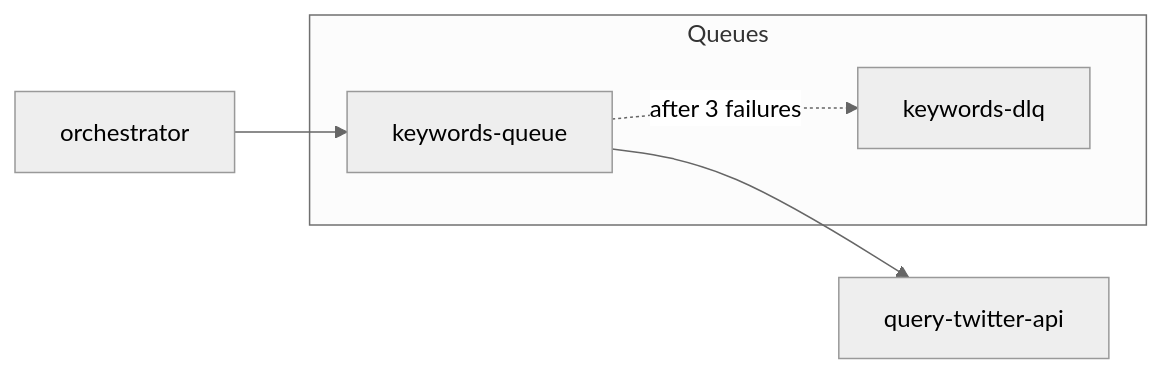
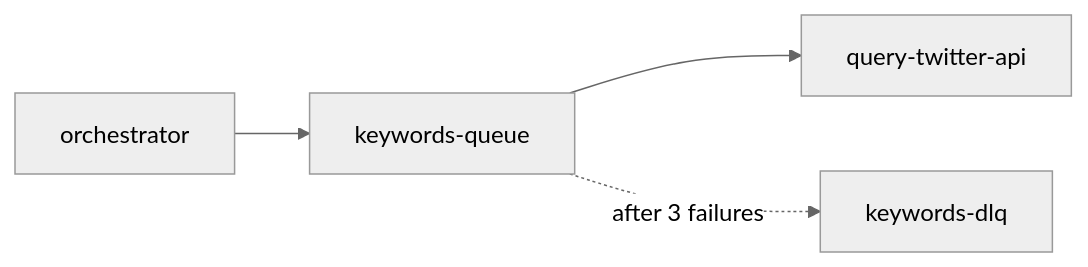
One commit to DanEscher98/twitter-profile-scorer changed the fifth of 5 diagrams in docs/architecture.md. Above: the diagram before and after it, drawn with Mermaid (neutral theme). The commit also changed other lines of this file and 7 other files, not shown here.

````diff
--- a/docs/architecture.md
+++ b/docs/architecture.md
@@ -190,11 +175,6 @@
 ```mermaid
 graph LR
-    subgraph Queues
-        KQ[keywords-queue]
-        DLQ_K[keywords-dlq]
-    end
-
-    OR[orchestrator] --> KQ
+    OR[orchestrator] --> KQ[keywords-queue]
     KQ --> QT[query-twitter-api]
-    KQ -.->|after 3 failures| DLQ_K
+    KQ -.->|after 3 failures| DLQ[keywords-dlq]
 ```
````
